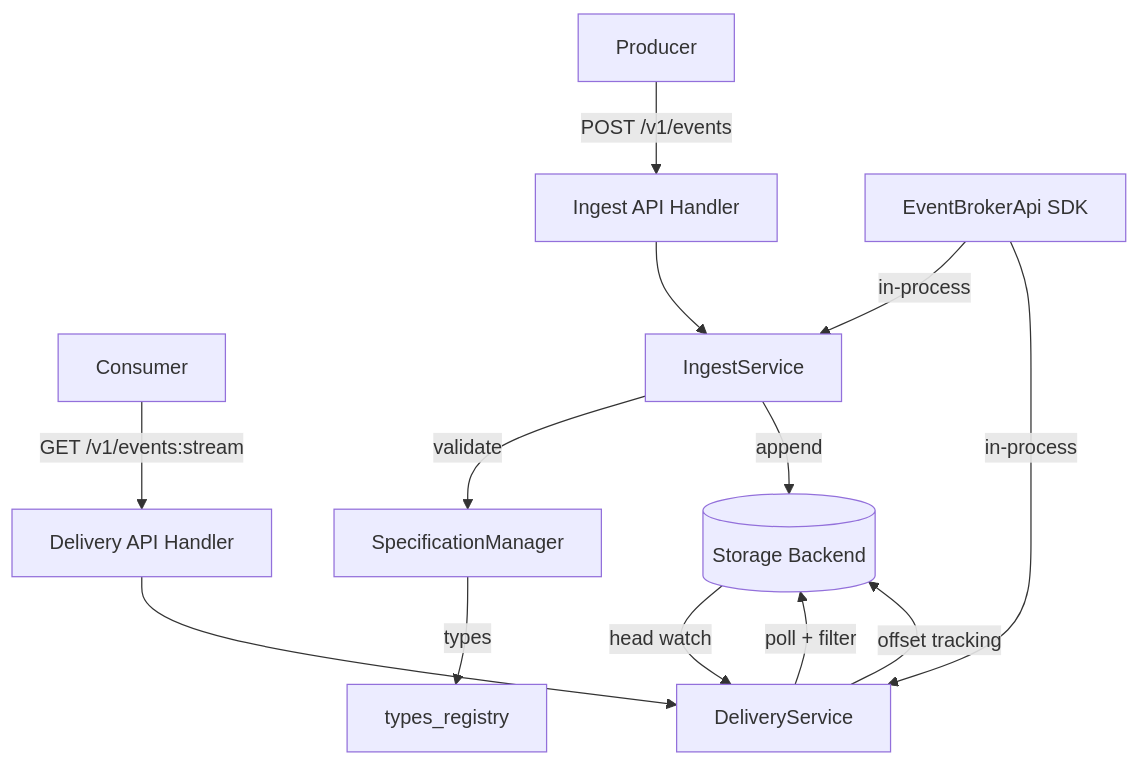
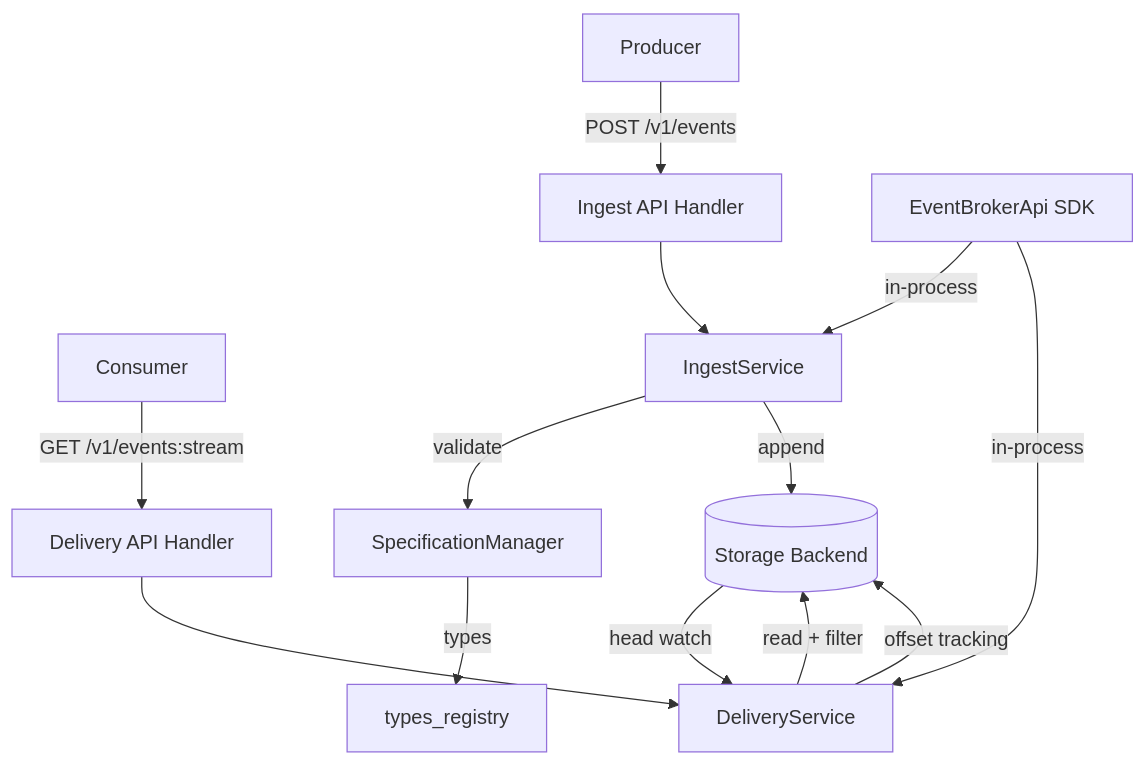
The first of 5 diagrams in gears/system/event-broker/docs/DESIGN.md (constructorfabric/gears-rust), drawn with Mermaid before and after one commit. The commit also changed other lines of this file and 482 other files, not shown here.

````diff
--- a/gears/system/event-broker/docs/DESIGN.md
+++ b/gears/system/event-broker/docs/DESIGN.md
@@ -126,19 +126,19 @@
 ```mermaid
 graph TB
     Producer[Producer] -->|POST /v1/events| IngestAPI[Ingest API Handler]
     Consumer[Consumer] -->|GET /v1/events:stream| DeliveryAPI[Delivery API Handler]
 
     IngestAPI --> IS[IngestService]
     DeliveryAPI --> DS[DeliveryService]
 
     IS -->|validate| SM[SpecificationManager]
     IS -->|append| SB[(Storage Backend)]
     SB -->|head watch| DS
 
-    DS -->|poll + filter| SB
+    DS -->|read + filter| SB
     DS -->|offset tracking| SB
     SM -->|types| TR[types_registry]
 
     SDK[EventBrokerApi SDK] -->|in-process| IS
     SDK -->|in-process| DS
 ```
````
